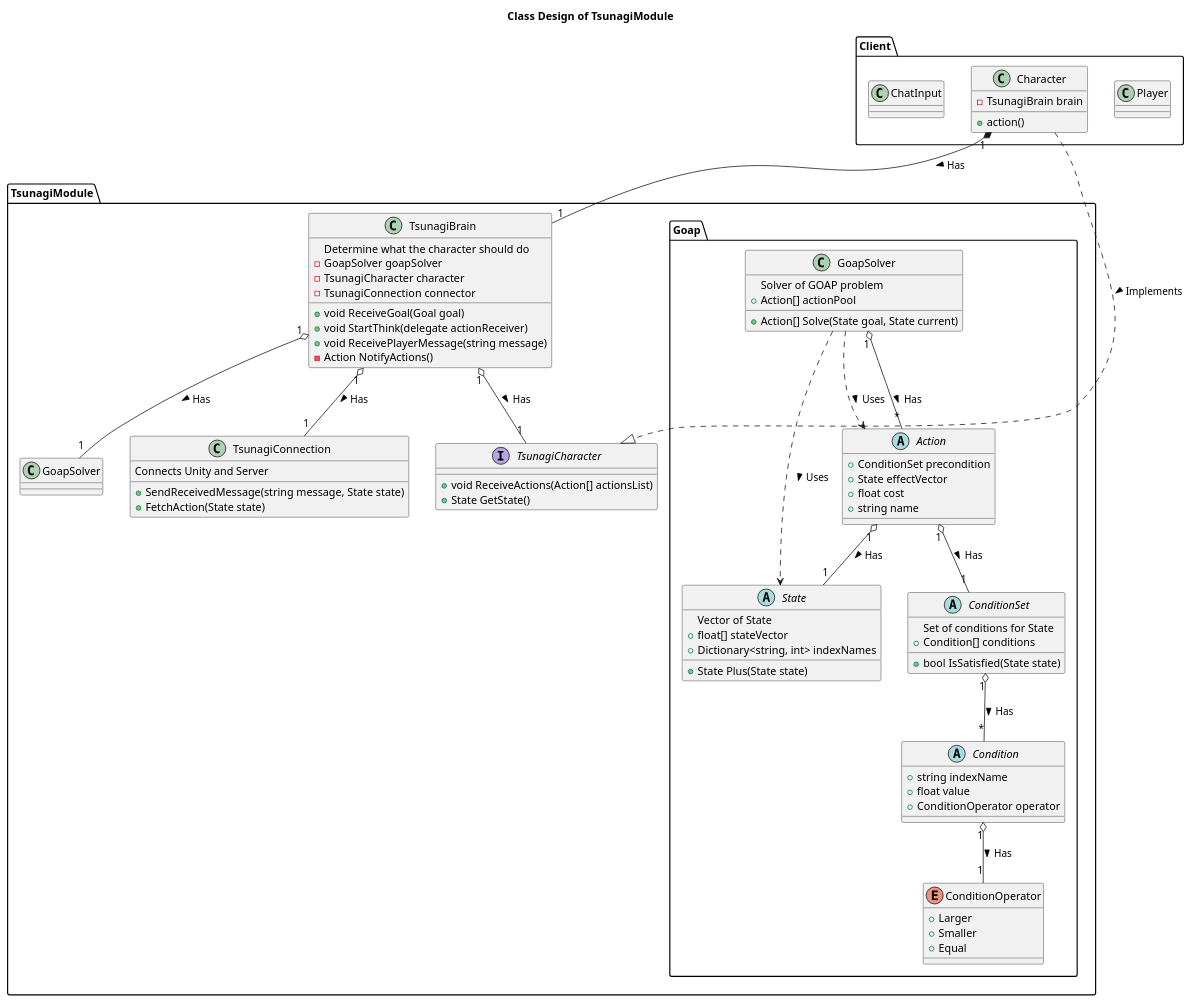
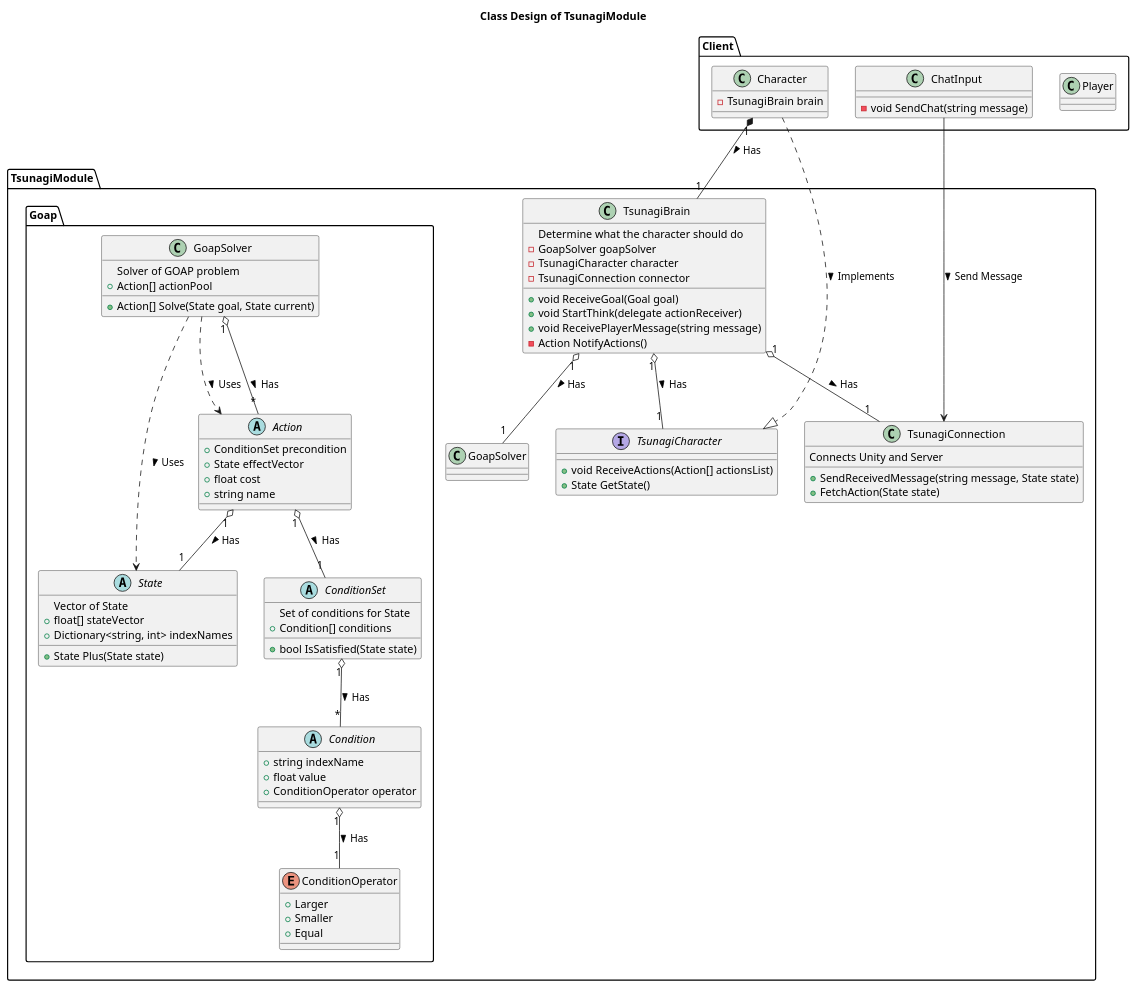
One commit to tsunagi-ai/UnityModuleDesign changed the diagram in classes.puml. Above: the diagram before and after it, drawn with PlantUML.

Commit message:
sending message

```diff
--- a/classes.puml
+++ b/classes.puml
@@ -1,94 +1,94 @@
 @startuml
 title Class Design of TsunagiModule
 
 package TsunagiModule {
   class TsunagiBrain {
     Determine what the character should do
     +void ReceiveGoal(Goal goal)
     +void StartThink(delegate actionReceiver)
     +void ReceivePlayerMessage(string message)
     -Action NotifyActions()
     -GoapSolver goapSolver
     -TsunagiCharacter character
     -TsunagiConnection connector
   }
   TsunagiBrain "1" o-- "1" GoapSolver : Has >
   TsunagiBrain "1" o-- "1" TsunagiConnection : Has >
   TsunagiBrain "1" o-- "1" TsunagiCharacter : Has >
   
   class TsunagiConnection {
     Connects Unity and Server
     +SendReceivedMessage(string message, State state)
     +FetchAction(State state)
   }
 
   interface TsunagiCharacter {
     +void ReceiveActions(Action[] actionsList)
     +State GetState()
   }
 
   package Goap{
     class GoapSolver {
       Solver of GOAP problem
       +Action[] Solve(State goal, State current)
       +Action[] actionPool
     }
     GoapSolver ..> State : Uses >
     GoapSolver ..> Action : Uses >
     GoapSolver "1" o-- "*" Action : Has >
 
     abstract State{
       Vector of State
       +State Plus(State state)
       +float[] stateVector
       +Dictionary<string, int> indexNames
     }
 
     abstract Action {
       +ConditionSet precondition
       +State effectVector
       +float cost
       +string name
     }
     Action "1" o-- "1" State : Has >
     Action "1" o-- "1" ConditionSet : Has >
 
     abstract ConditionSet{
       Set of conditions for State
       +bool IsSatisfied(State state)
       +Condition[] conditions
     }
     ConditionSet "1" o-- "*" Condition : Has >
 
     abstract Condition{
       +string indexName
       +float value
       +ConditionOperator operator
     }
     Condition "1" o-- "1" ConditionOperator : Has >
 
     enum ConditionOperator {
       +Larger
       +Smaller
       +Equal
     }
   }
 }
 
 package Client{
   class Player {
   }
 
   class Character {
-    +action()
     -TsunagiBrain brain
   }
   Character ..|> TsunagiCharacter : Implements >
   Character "1" *-- "1" TsunagiBrain : Has >
 
   class ChatInput {
-
+    -void SendChat(string message)
   }
+  ChatInput --> TsunagiConnection : Send Message >
 }
 
 @enduml
```
